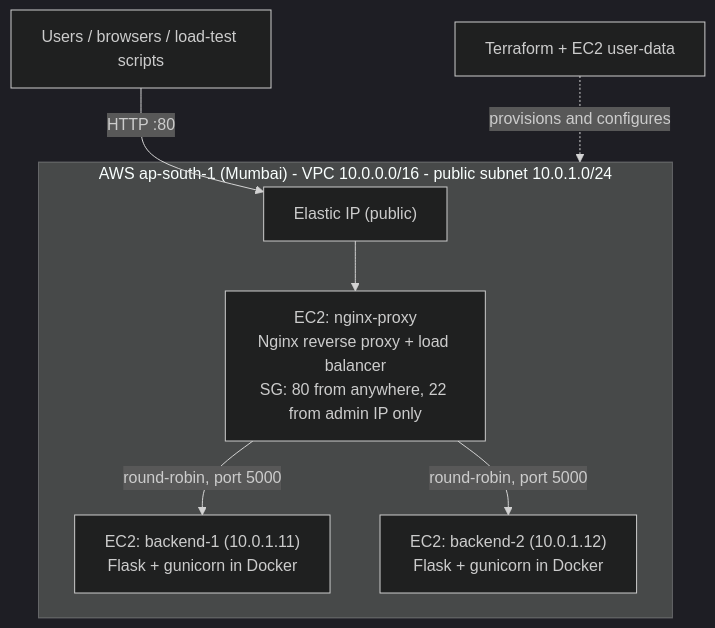
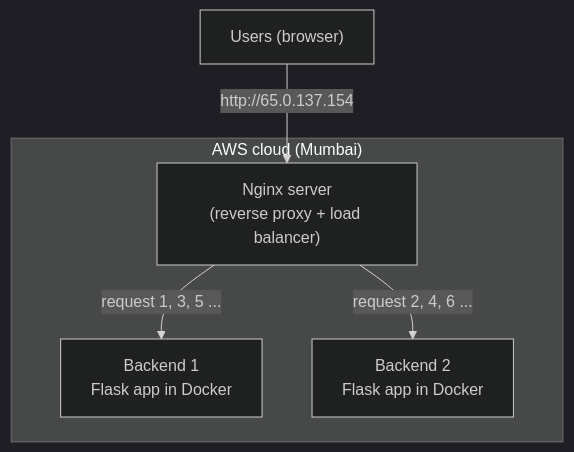
Before and after one commit to GOBISH-R/Load_balancer: the diagram in README.md, drawn with Mermaid (dark theme). The commit also changed other lines of this file, not shown here.

````diff
--- a/README.md
+++ b/README.md
@@ -47,12 +39,9 @@
 ```mermaid
 flowchart TB
-    U["Users / browsers / load-test scripts"] -->|"HTTP :80"| EIP["Elastic IP (public)"]
+    U["Users (browser)"] -->|"http://65.0.137.154"| P["Nginx server<br/>(reverse proxy + load balancer)"]
 
-    subgraph AWS["AWS ap-south-1 (Mumbai) - VPC 10.0.0.0/16 - public subnet 10.0.1.0/24"]
-        EIP --> P["EC2: nginx-proxy<br/>Nginx reverse proxy + load balancer<br/>SG: 80 from anywhere, 22 from admin IP only"]
-        P -->|"round-robin, port 5000"| B1["EC2: backend-1 (10.0.1.11)<br/>Flask + gunicorn in Docker"]
-        P -->|"round-robin, port 5000"| B2["EC2: backend-2 (10.0.1.12)<br/>Flask + gunicorn in Docker"]
+    subgraph AWS["AWS cloud (Mumbai)"]
+        P -->|"request 1, 3, 5 ..."| B1["Backend 1<br/>Flask app in Docker"]
+        P -->|"request 2, 4, 6 ..."| B2["Backend 2<br/>Flask app in Docker"]
     end
-
-    TF["Terraform + EC2 user-data"] -. "provisions and configures" .-> AWS
 ```
````
